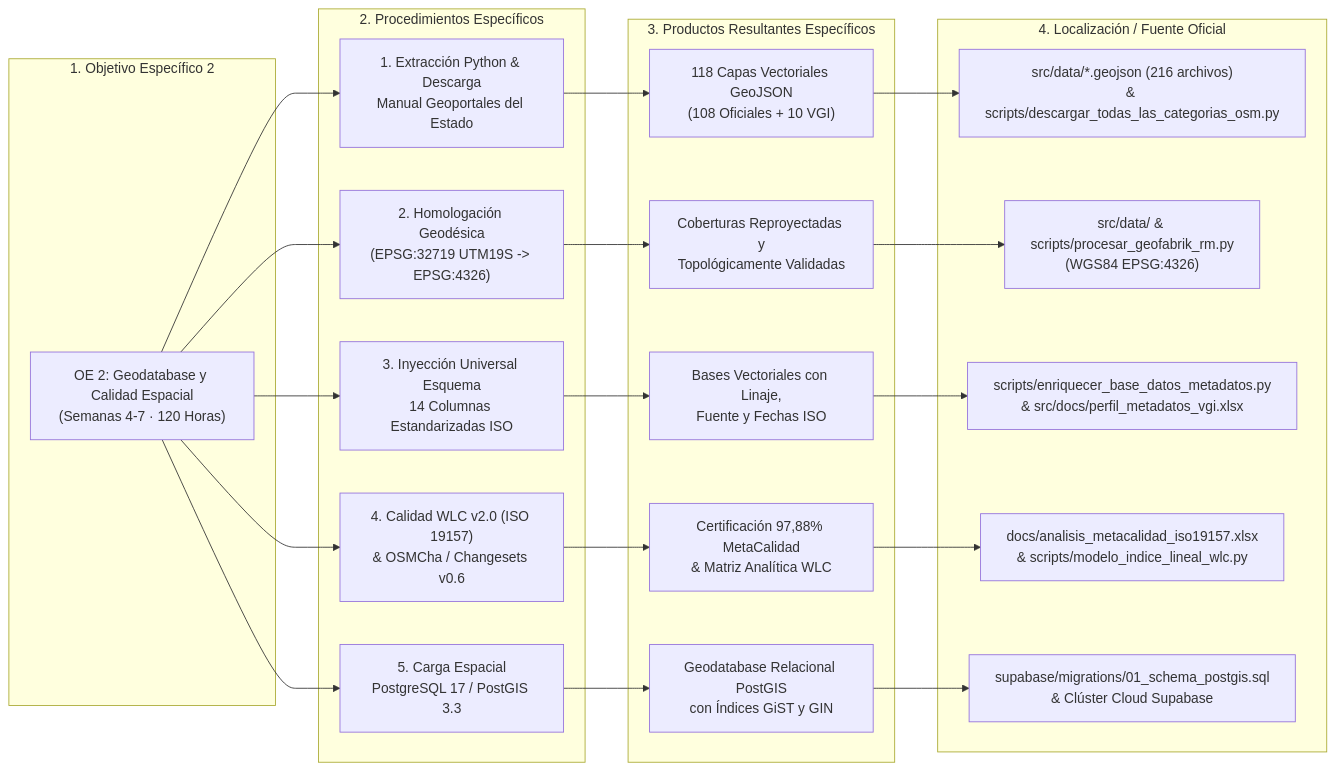
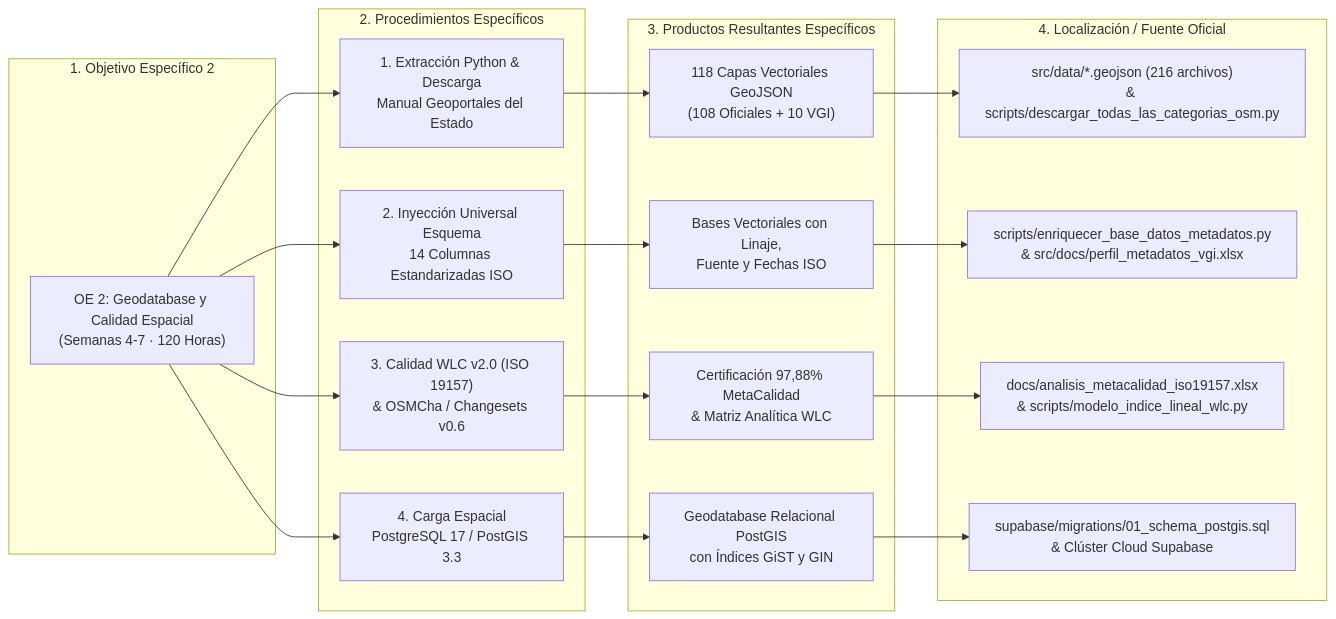
One commit to GEOJOTA/atlas_vgi_territorial changed the second of 25 diagrams in MANUAL_ACTUALIZACION_ATLAS.md. Above: the diagram before and after it, drawn with Mermaid. The commit also changed other lines of this file and 4 other files, not shown here.

Commit message:
docs: depurar procedimientos y entregables de delimitación (OE1), homologación geodésica (OE2) e informe final (OE4)

````diff
--- a/MANUAL_ACTUALIZACION_ATLAS.md
+++ b/MANUAL_ACTUALIZACION_ATLAS.md
@@ -212,36 +206,32 @@
 ```mermaid
 flowchart LR
     subgraph OBJ2["1. Objetivo Específico 2"]
         O2["OE 2: Geodatabase y Calidad Espacial\n(Semanas 4-7 · 120 Horas)"]
     end
 
     subgraph PROC2["2. Procedimientos Específicos"]
         P2_1["1. Extracción Python & Descarga\nManual Geoportales del Estado"]
-        P2_2["2. Homologación Geodésica\n(EPSG:32719 UTM19S -> EPSG:4326)"]
-        P2_3["3. Inyección Universal Esquema\n14 Columnas Estandarizadas ISO"]
-        P2_4["4. Calidad WLC v2.0 (ISO 19157)\n& OSMCha / Changesets v0.6"]
-        P2_5["5. Carga Espacial\nPostgreSQL 17 / PostGIS 3.3"]
+        P2_2["2. Inyección Universal Esquema\n14 Columnas Estandarizadas ISO"]
+        P2_3["3. Calidad WLC v2.0 (ISO 19157)\n& OSMCha / Changesets v0.6"]
+        P2_4["4. Carga Espacial\nPostgreSQL 17 / PostGIS 3.3"]
     end
 
     subgraph PROD2["3. Productos Resultantes Específicos"]
         PR2_1["118 Capas Vectoriales GeoJSON\n(108 Oficiales + 10 VGI)"]
-        PR2_2["Coberturas Reproyectadas y\nTopológicamente Validadas"]
-        PR2_3["Bases Vectoriales con Linaje,\nFuente y Fechas ISO"]
-        PR2_4["Certificación 97,88% MetaCalidad\n& Matriz Analítica WLC"]
-        PR2_5["Geodatabase Relacional PostGIS\ncon Índices GiST y GIN"]
+        PR2_2["Bases Vectoriales con Linaje,\nFuente y Fechas ISO"]
+        PR2_3["Certificación 97,88% MetaCalidad\n& Matriz Analítica WLC"]
+        PR2_4["Geodatabase Relacional PostGIS\ncon Índices GiST y GIN"]
     end
 
     subgraph LOC2["4. Localización / Fuente Oficial"]
         L2_1["src/data/*.geojson (216 archivos)\n& scripts/descargar_todas_las_categorias_osm.py"]
-        L2_2["src/data/ & scripts/procesar_geofabrik_rm.py\n(WGS84 EPSG:4326)"]
-        L2_3["scripts/enriquecer_base_datos_metadatos.py\n& src/docs/perfil_metadatos_vgi.xlsx"]
-        L2_4["docs/analisis_metacalidad_iso19157.xlsx\n& scripts/modelo_indice_lineal_wlc.py"]
-        L2_5["supabase/migrations/01_schema_postgis.sql\n& Clúster Cloud Supabase"]
+        L2_2["scripts/enriquecer_base_datos_metadatos.py\n& src/docs/perfil_metadatos_vgi.xlsx"]
+        L2_3["docs/analisis_metacalidad_iso19157.xlsx\n& scripts/modelo_indice_lineal_wlc.py"]
+        L2_4["supabase/migrations/01_schema_postgis.sql\n& Clúster Cloud Supabase"]
     end
 
     O2 --> P2_1 --> PR2_1 --> L2_1
     O2 --> P2_2 --> PR2_2 --> L2_2
     O2 --> P2_3 --> PR2_3 --> L2_3
     O2 --> P2_4 --> PR2_4 --> L2_4
-    O2 --> P2_5 --> PR2_5 --> L2_5
 ```
````
